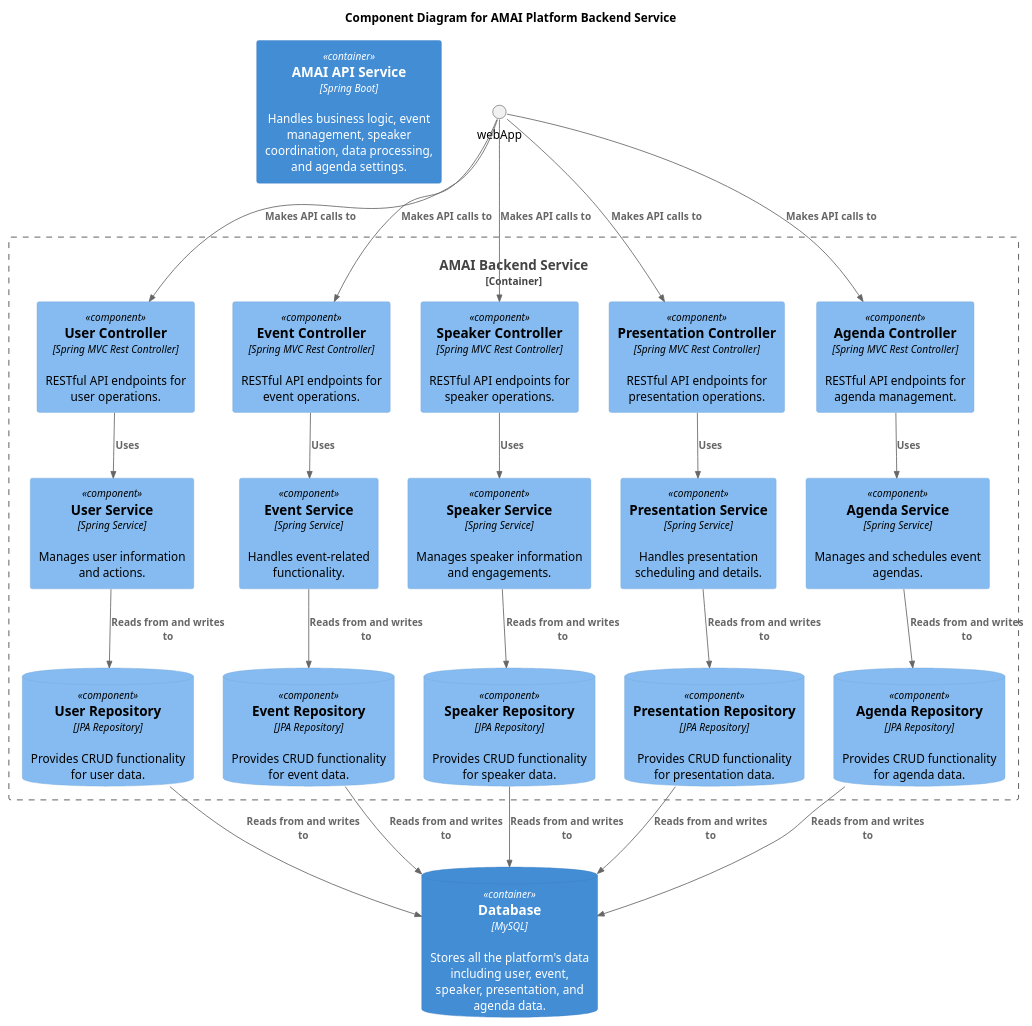
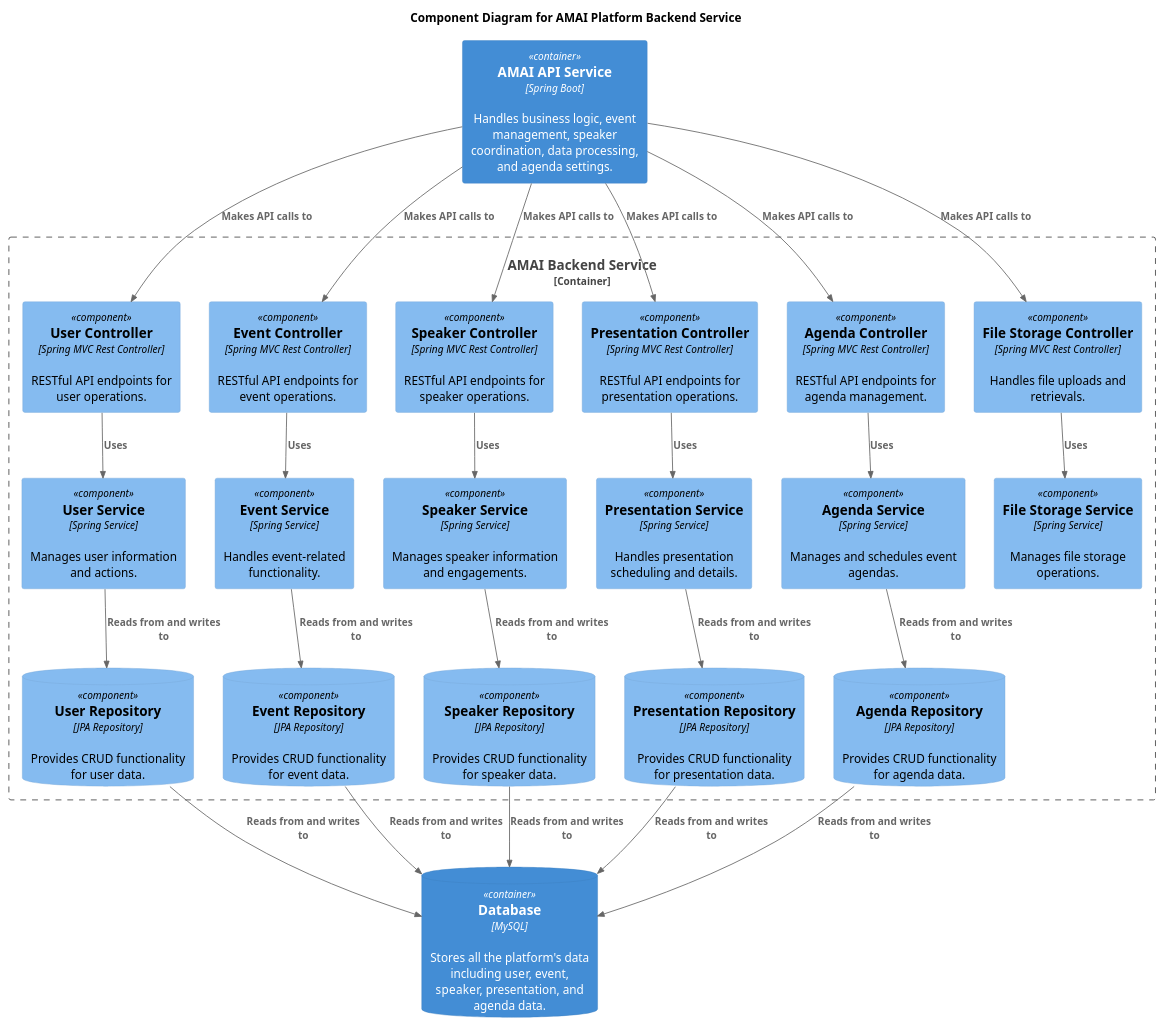
The diagram in AMAI-Project-2024/Documentation/C3diagram.puml (MihaiCatalin22/AMAI-BE), drawn with PlantUML before and after one commit. The commit also changed 3 other files, not shown here.

```diff
--- a/AMAI-Project-2024/Documentation/C3diagram.puml
+++ b/AMAI-Project-2024/Documentation/C3diagram.puml
@@ -1,54 +1,58 @@
 @startuml
 !includeurl https://raw.githubusercontent.com/plantuml-stdlib/C4-PlantUML/master/C4_Component.puml
 
 title Component Diagram for AMAI Platform Backend Service
 
-Container(apiService, "AMAI API Service", "Spring Boot", "Handles business logic, event management, speaker coordination, data processing, and agenda settings.")
+Container(webApp, "AMAI API Service", "Spring Boot", "Handles business logic, event management, speaker coordination, data processing, and agenda settings.")
 
 Container_Boundary(api, "AMAI Backend Service") {
     Component(userController, "User Controller", "Spring MVC Rest Controller", "RESTful API endpoints for user operations.")
     Component(eventController, "Event Controller", "Spring MVC Rest Controller", "RESTful API endpoints for event operations.")
     Component(speakerController, "Speaker Controller", "Spring MVC Rest Controller", "RESTful API endpoints for speaker operations.")
     Component(presentationController, "Presentation Controller", "Spring MVC Rest Controller", "RESTful API endpoints for presentation operations.")
     Component(agendaController, "Agenda Controller", "Spring MVC Rest Controller", "RESTful API endpoints for agenda management.")
+    Component(fileStorageController, "File Storage Controller", "Spring MVC Rest Controller", "Handles file uploads and retrievals.")
 
     Component(userService, "User Service", "Spring Service", "Manages user information and actions.")
     Component(eventService, "Event Service", "Spring Service", "Handles event-related functionality.")
     Component(speakerService, "Speaker Service", "Spring Service", "Manages speaker information and engagements.")
     Component(presentationService, "Presentation Service", "Spring Service", "Handles presentation scheduling and details.")
     Component(agendaService, "Agenda Service", "Spring Service", "Manages and schedules event agendas.")
+    Component(fileStorageService, "File Storage Service", "Spring Service", "Manages file storage operations.")
 
     ComponentDb(userRepository, "User Repository", "JPA Repository", "Provides CRUD functionality for user data.")
     ComponentDb(eventRepository, "Event Repository", "JPA Repository", "Provides CRUD functionality for event data.")
     ComponentDb(speakerRepository, "Speaker Repository", "JPA Repository", "Provides CRUD functionality for speaker data.")
     ComponentDb(presentationRepository, "Presentation Repository", "JPA Repository", "Provides CRUD functionality for presentation data.")
     ComponentDb(agendaRepository, "Agenda Repository", "JPA Repository", "Provides CRUD functionality for agenda data.")
 
     Rel(userController, userService, "Uses")
     Rel(eventController, eventService, "Uses")
     Rel(speakerController, speakerService, "Uses")
     Rel(presentationController, presentationService, "Uses")
     Rel(agendaController, agendaService, "Uses")
+    Rel(fileStorageController, fileStorageService, "Uses")
 
     Rel(userService, userRepository, "Reads from and writes to")
     Rel(eventService, eventRepository, "Reads from and writes to")
     Rel(speakerService, speakerRepository, "Reads from and writes to")
     Rel(presentationService, presentationRepository, "Reads from and writes to")
     Rel(agendaService, agendaRepository, "Reads from and writes to")
 }
 
 ContainerDb(database, "Database", "MySQL", "Stores all the platform's data including user, event, speaker, presentation, and agenda data.")
 
 Rel(webApp, userController, "Makes API calls to")
 Rel(webApp, eventController, "Makes API calls to")
 Rel(webApp, speakerController, "Makes API calls to")
 Rel(webApp, presentationController, "Makes API calls to")
 Rel(webApp, agendaController, "Makes API calls to")
+Rel(webApp, fileStorageController, "Makes API calls to")
 
 Rel(userRepository, database, "Reads from and writes to")
 Rel(eventRepository, database, "Reads from and writes to")
 Rel(speakerRepository, database, "Reads from and writes to")
 Rel(presentationRepository, database, "Reads from and writes to")
 Rel(agendaRepository, database, "Reads from and writes to")
 
 @enduml
```
